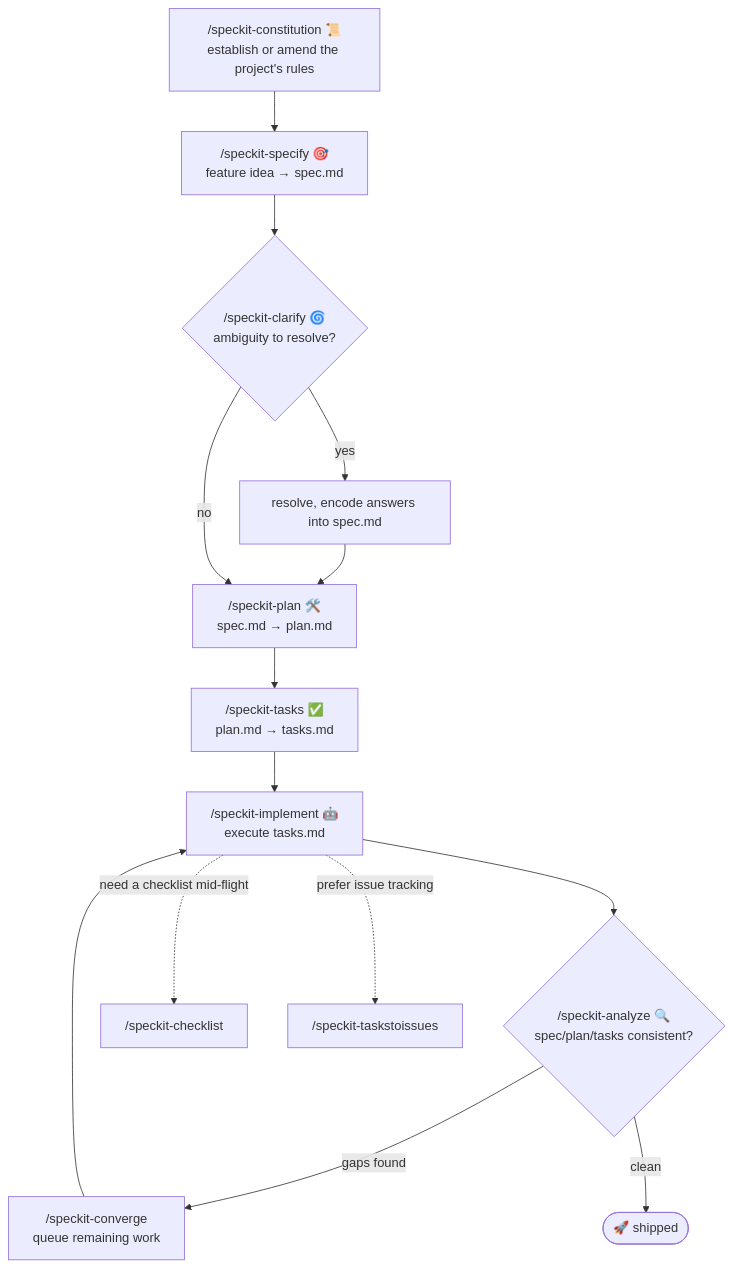
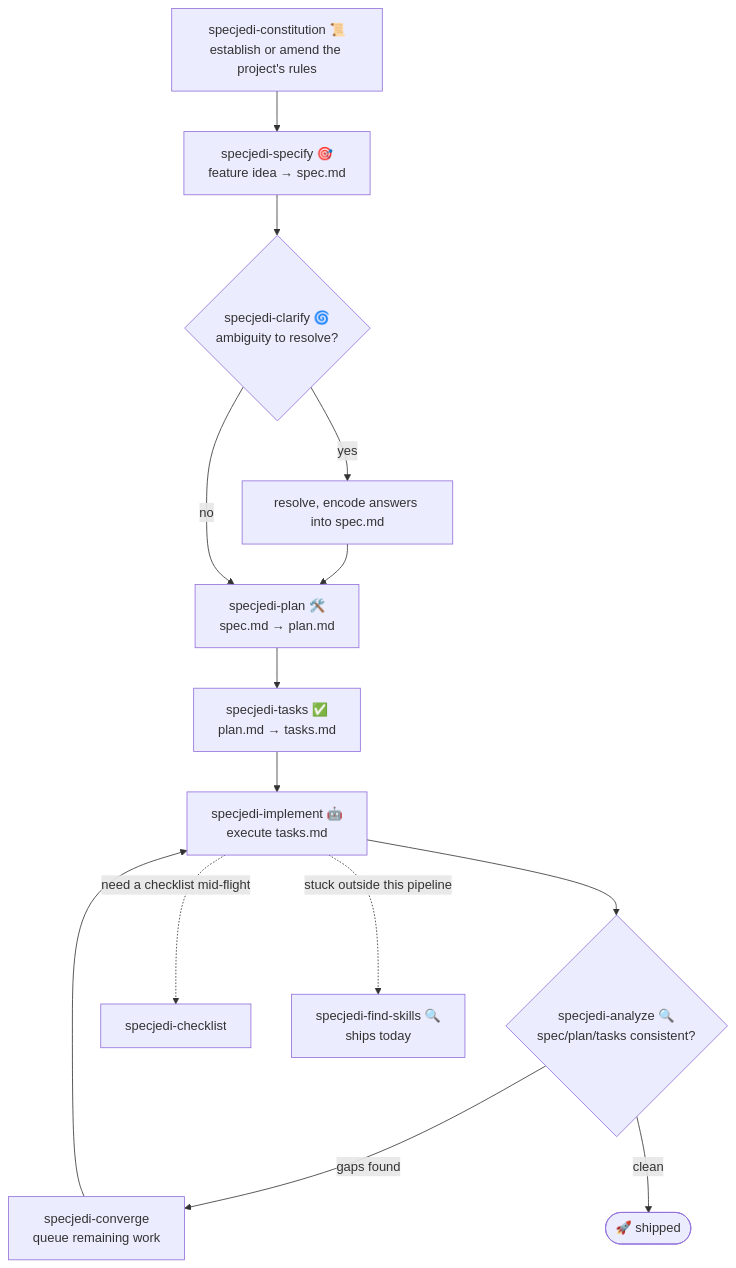
Before and after one commit to jonyfs/spec-jedi: the second of 2 diagrams in README.md, drawn with Mermaid. The commit also changed other lines of this file and 1 other file, not shown here.

````diff
--- a/README.md
+++ b/README.md
@@ -185,14 +256,14 @@
 ```mermaid
 flowchart TD
-    A["/speckit-constitution 📜<br/>establish or amend the project's rules"] --> B["/speckit-specify 🎯<br/>feature idea → spec.md"]
-    B --> C{"/speckit-clarify 🌀<br/>ambiguity to resolve?"}
+    A["specjedi-constitution 📜<br/>establish or amend the project's rules"] --> B["specjedi-specify 🎯<br/>feature idea → spec.md"]
+    B --> C{"specjedi-clarify 🌀<br/>ambiguity to resolve?"}
     C -->|yes| C2["resolve, encode answers into spec.md"] --> D
-    C -->|no| D["/speckit-plan 🛠️<br/>spec.md → plan.md"]
-    D --> E["/speckit-tasks ✅<br/>plan.md → tasks.md"]
-    E --> F["/speckit-implement 🤖<br/>execute tasks.md"]
-    F --> G{"/speckit-analyze 🔍<br/>spec/plan/tasks consistent?"}
-    G -->|gaps found| H["/speckit-converge<br/>queue remaining work"] --> F
+    C -->|no| D["specjedi-plan 🛠️<br/>spec.md → plan.md"]
+    D --> E["specjedi-tasks ✅<br/>plan.md → tasks.md"]
+    E --> F["specjedi-implement 🤖<br/>execute tasks.md"]
+    F --> G{"specjedi-analyze 🔍<br/>spec/plan/tasks consistent?"}
+    G -->|gaps found| H["specjedi-converge<br/>queue remaining work"] --> F
     G -->|clean| I(["🚀 shipped"])
-    F -.->|need a checklist mid-flight| J["/speckit-checklist"]
-    F -.->|prefer issue tracking| K["/speckit-taskstoissues"]
+    F -.->|need a checklist mid-flight| J["specjedi-checklist"]
+    F -.->|stuck outside this pipeline| K["specjedi-find-skills 🔍<br/>ships today"]
 ```
````
